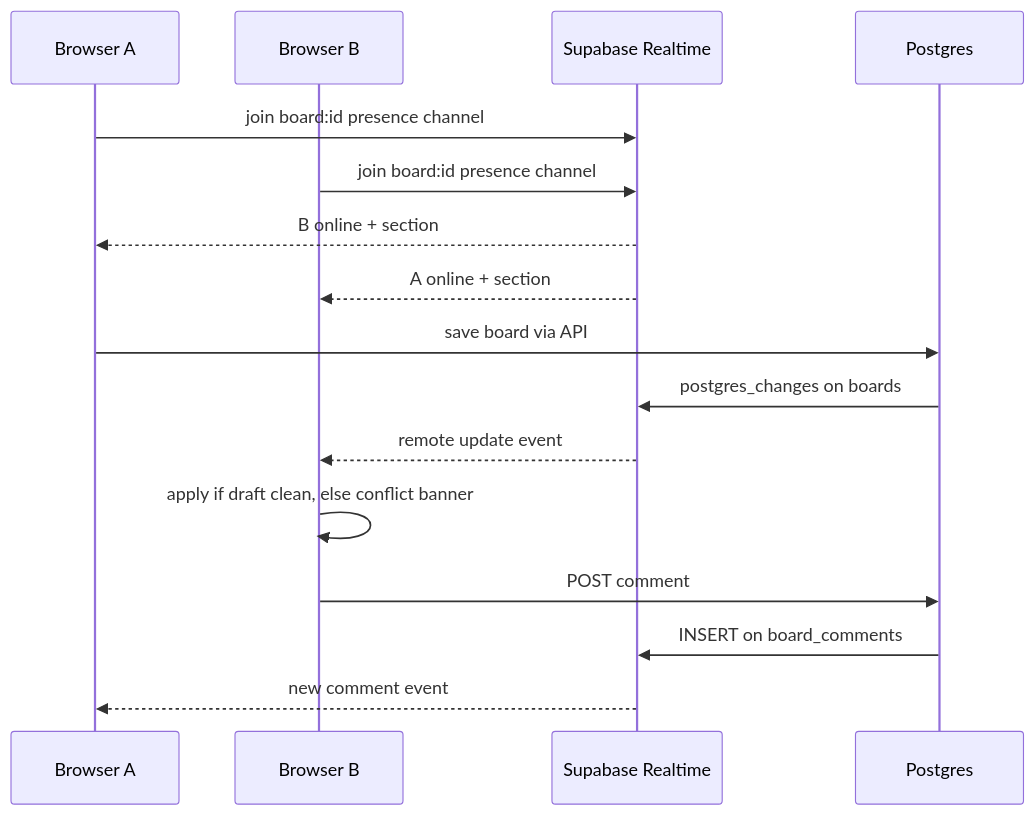
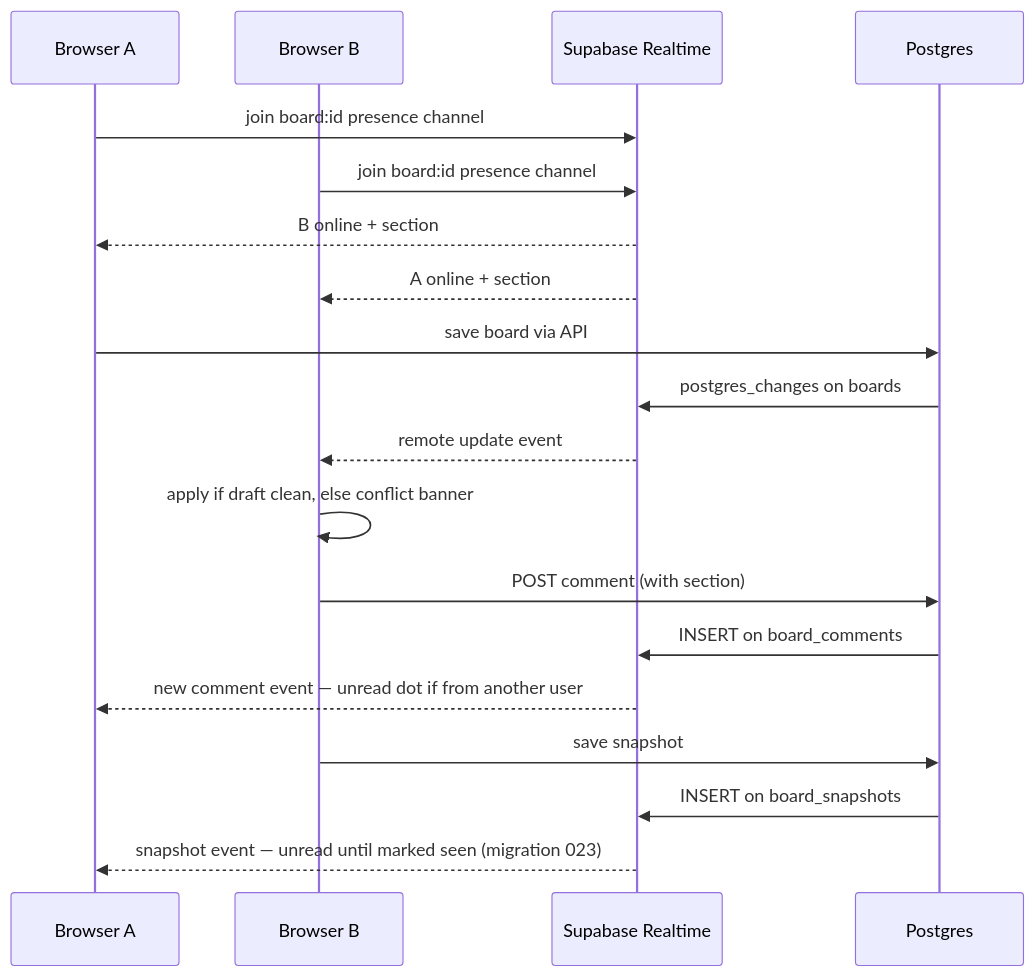
Before and after one commit to NehangPatel23/Moodboard-AI: the third of 6 diagrams in docs/SYSTEMS.md, drawn with Mermaid. The commit also changed other lines of this file and 75 other files, not shown here.

````diff
--- a/docs/SYSTEMS.md
+++ b/docs/SYSTEMS.md
@@ -115,21 +115,25 @@
 ```mermaid
 sequenceDiagram
   participant A as Browser A
   participant B as Browser B
   participant RT as Supabase Realtime
   participant DB as Postgres
 
   A->>RT: join board:id presence channel
   B->>RT: join board:id presence channel
   RT-->>A: B online + section
   RT-->>B: A online + section
 
   A->>DB: save board via API
   DB->>RT: postgres_changes on boards
   RT-->>B: remote update event
   B->>B: apply if draft clean, else conflict banner
 
-  B->>DB: POST comment
+  B->>DB: POST comment (with section)
   DB->>RT: INSERT on board_comments
-  RT-->>A: new comment event
+  RT-->>A: new comment event — unread dot if from another user
+
+  B->>DB: save snapshot
+  DB->>RT: INSERT on board_snapshots
+  RT-->>A: snapshot event — unread until marked seen (migration 023)
 ```
````
